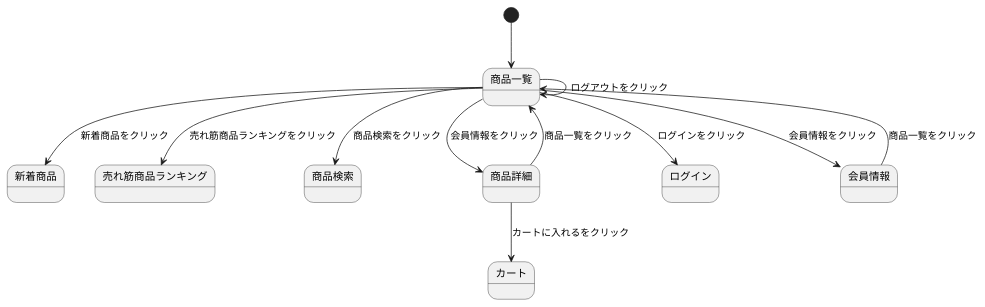
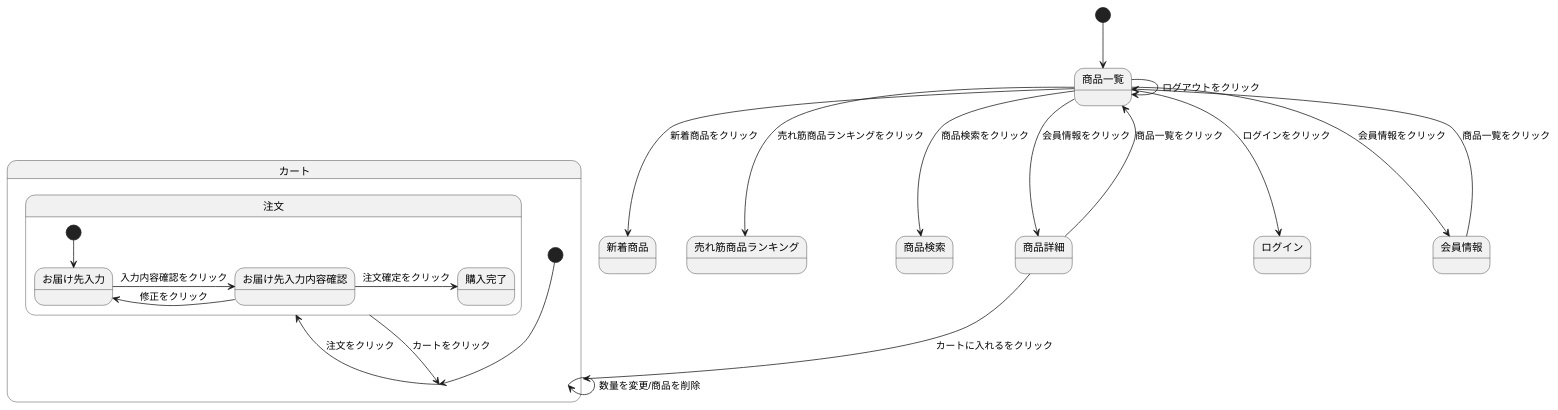
Before and after one commit to Aso2001369/2021sys-design: the diagram in stmmyshop.md, drawn with PlantUML.

````diff
--- a/stmmyshop.md
+++ b/stmmyshop.md
@@ -1,16 +1,27 @@
 ```uml
 @startuml
 
 [*] --> 商品一覧
 商品一覧 --> 新着商品 : 新着商品をクリック
 商品一覧 --> 売れ筋商品ランキング : 売れ筋商品ランキングをクリック
 商品一覧 --> 商品検索 : 商品検索をクリック
 商品一覧 --> 商品詳細 : 会員情報をクリック
 商品一覧 --> ログイン : ログインをクリック
 商品一覧 --> 商品一覧 : ログアウトをクリック
 商品一覧 --> 会員情報 : 会員情報をクリック
 商品詳細 --> カート : カートに入れるをクリック
 商品詳細 --> 商品一覧 : 商品一覧をクリック
 会員情報 --> 商品一覧 : 商品一覧をクリック
+state カート {
+[*] --> カート
+カート -> 注文 : 注文をクリック
+カート -> カート : 数量を変更/商品を削除
+注文 --> カート : カートをクリック
+state 注文 {
+[*] --> お届け先入力
+お届け先入力 -> お届け先入力内容確認 : 入力内容確認をクリック
+お届け先入力内容確認 -> お届け先入力 : 修正をクリック
+お届け先入力内容確認 -> 購入完了 : 注文確定をクリック
+}
 @enduml
 ```
````
